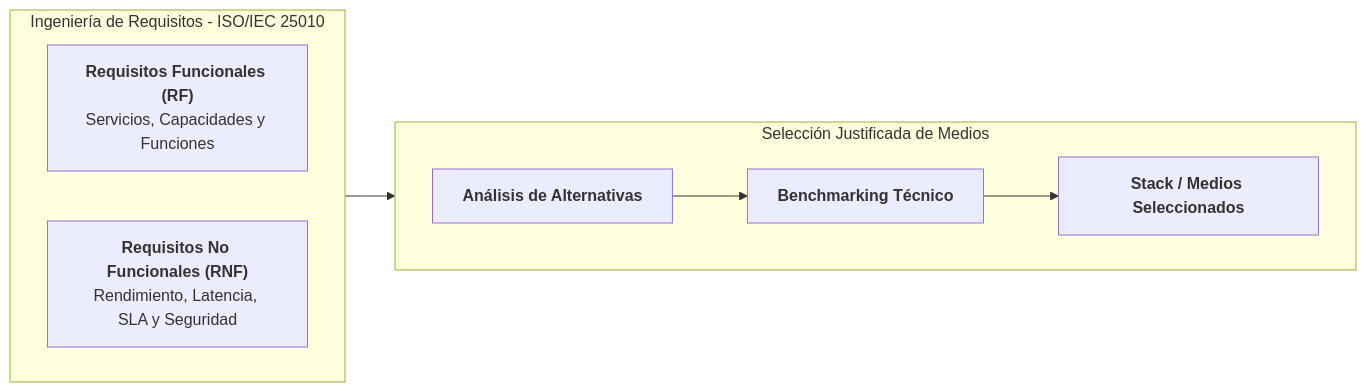
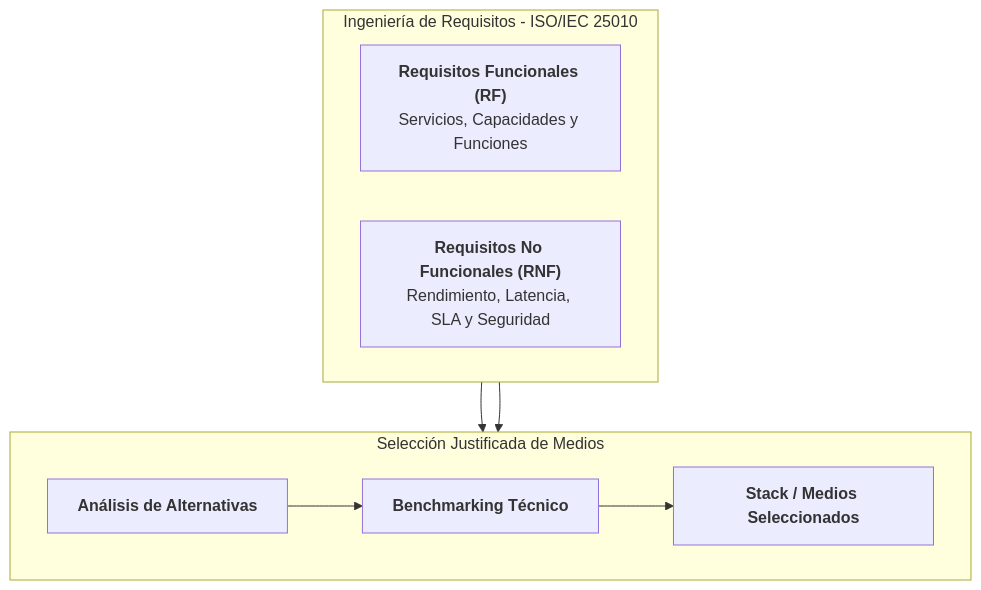
One commit to fencgut961/PI_26_27 changed the eighth of 13 diagrams in RA1.md. Above: the diagram before and after it, drawn with Mermaid. The commit also changed other lines of this file, not shown here.

````diff
--- a/RA1.md
+++ b/RA1.md
@@ -291,13 +275,13 @@
 ```mermaid
-flowchart LR
+flowchart TD
     subgraph Requisitos ["Ingeniería de Requisitos - ISO/IEC 25010"]
         direction LR
         RF["<b>Requisitos Funcionales (RF)</b><br/>Servicios, Capacidades y Funciones"]
         RNF["<b>Requisitos No Funcionales (RNF)</b><br/>Rendimiento, Latencia, SLA y Seguridad"]
     end
     subgraph Eleccion ["Selección Justificada de Medios"]
         direction LR
         ALT["<b>Análisis de Alternativas</b>"] --> BENCH["<b>Benchmarking Técnico</b>"] --> STACK["<b>Stack / Medios Seleccionados</b>"]
     end
-    Requisitos --> Eleccion
+    RF & RNF --> ALT
 ```
````
